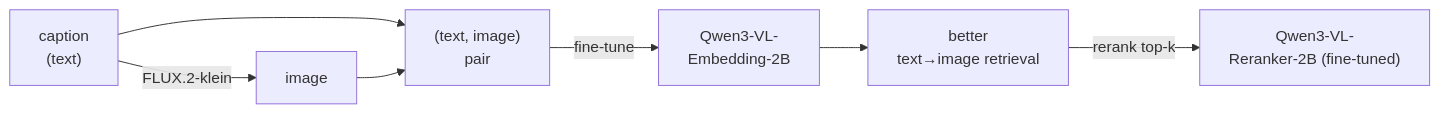
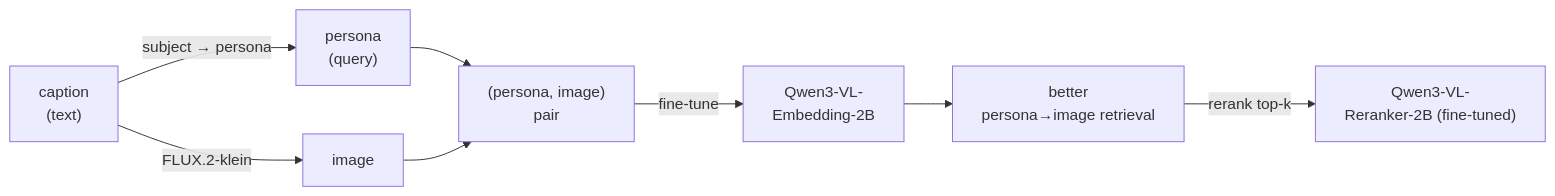
One commit to u-masao/qwen3-vl-demo changed the diagram in README.md. Above: the diagram before and after it, drawn with Mermaid. The commit also changed other lines of this file and 7 other files, not shown here.

````diff
--- a/README.md
+++ b/README.md
@@ -13,9 +13,10 @@
 ```mermaid
 flowchart LR
     C["caption<br/>(text)"] -->|FLUX.2-klein| I["image"]
-    C --> P["(text, image)<br/>pair"]
+    C -->|subject → persona| Q["persona<br/>(query)"]
+    Q --> P["(persona, image)<br/>pair"]
     I --> P
     P -->|fine-tune| E["Qwen3-VL-<br/>Embedding-2B"]
-    E --> R["better<br/>text→image retrieval"]
+    E --> R["better<br/>persona→image retrieval"]
     R -->|rerank top-k| RR["Qwen3-VL-<br/>Reranker-2B (fine-tuned)"]
 ```
````
